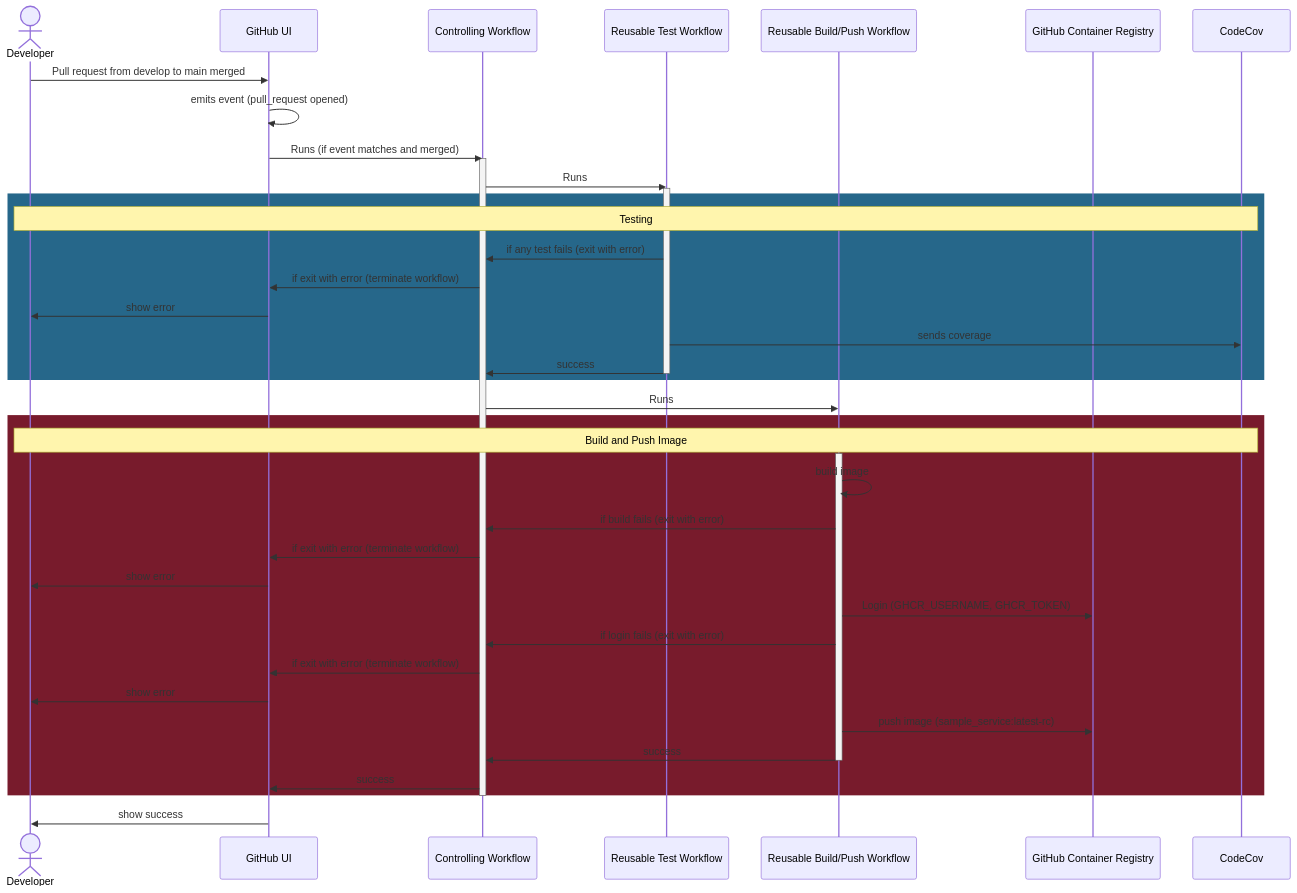
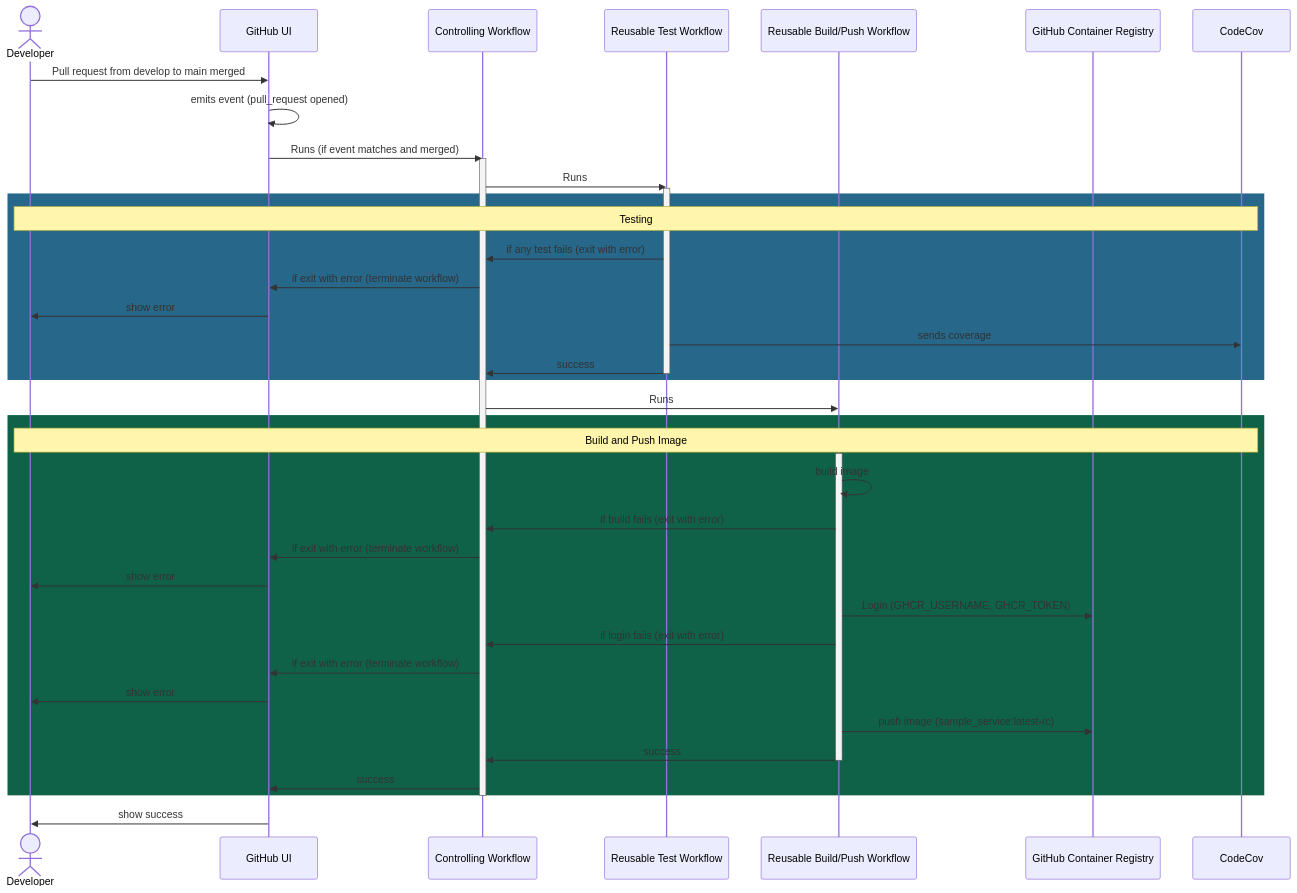
One commit to kbase/sample_service changed the fifth of 7 diagrams in docs/gha/workflows.md. Above: the diagram before and after it, drawn with Mermaid. The commit also changed other lines of this file, not shown here.

Commit message:
refining mermaid diagrams [SAM-238]

````diff
--- a/docs/gha/workflows.md
+++ b/docs/gha/workflows.md
@@ -360,60 +360,60 @@
 ```mermaid
 sequenceDiagram
     actor Developer
     participant GH as GitHub UI 
     participant Workflow as Controlling Workflow 
     participant TestWorkflow as Reusable Test Workflow 
     participant BuildWorkflow as Reusable Build/Push Workflow
     participant GHCR as GitHub Container Registry
     participant CodeCov
     
     Developer ->> GH: Pull request from develop to main merged
     GH ->> GH: emits event (pull_request opened)
     
     GH ->> Workflow: Runs (if event matches and merged)
     
     activate Workflow
     
     Workflow ->> TestWorkflow: Runs
     activate TestWorkflow
     
     rect rgb(38, 103, 138)
     note over Developer,CodeCov: Testing
     
     TestWorkflow ->> Workflow : if any test fails (exit with error)
     Workflow ->> GH: if exit with error (terminate workflow)
     GH ->> Developer: show error
     TestWorkflow ->> CodeCov: sends coverage
     TestWorkflow ->> Workflow: success
     deactivate TestWorkflow
     
     end
     
     Workflow ->> BuildWorkflow: Runs
     
-    rect rgb(120, 27, 44)
+    rect rgb(15, 98, 72)
     note over Developer,CodeCov: Build and Push Image
     
     activate BuildWorkflow
     BuildWorkflow ->> BuildWorkflow: build image
     BuildWorkflow ->> Workflow: if build fails (exit with error)
     Workflow ->> GH: if exit with error (terminate workflow)
     GH ->> Developer: show error
     
     BuildWorkflow ->> GHCR: Login (GHCR_USERNAME, GHCR_TOKEN)
     BuildWorkflow ->> Workflow: if login fails (exit with error)
     Workflow ->> GH: if exit with error (terminate workflow)
     GH ->> Developer: show error
     
     BuildWorkflow ->> GHCR: push image (sample_service:latest-rc)
     BuildWorkflow ->> Workflow:success
     
     deactivate BuildWorkflow
     
     Workflow ->> GH: success
     
     end
     
     deactivate Workflow
     GH ->> Developer: show success
 ```
````
